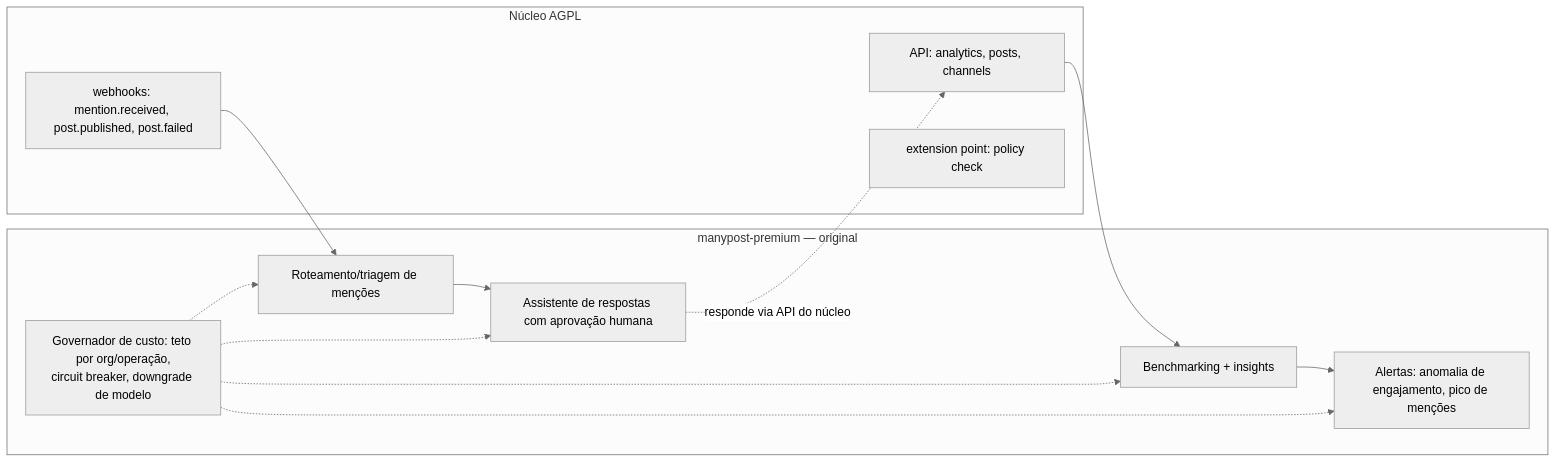
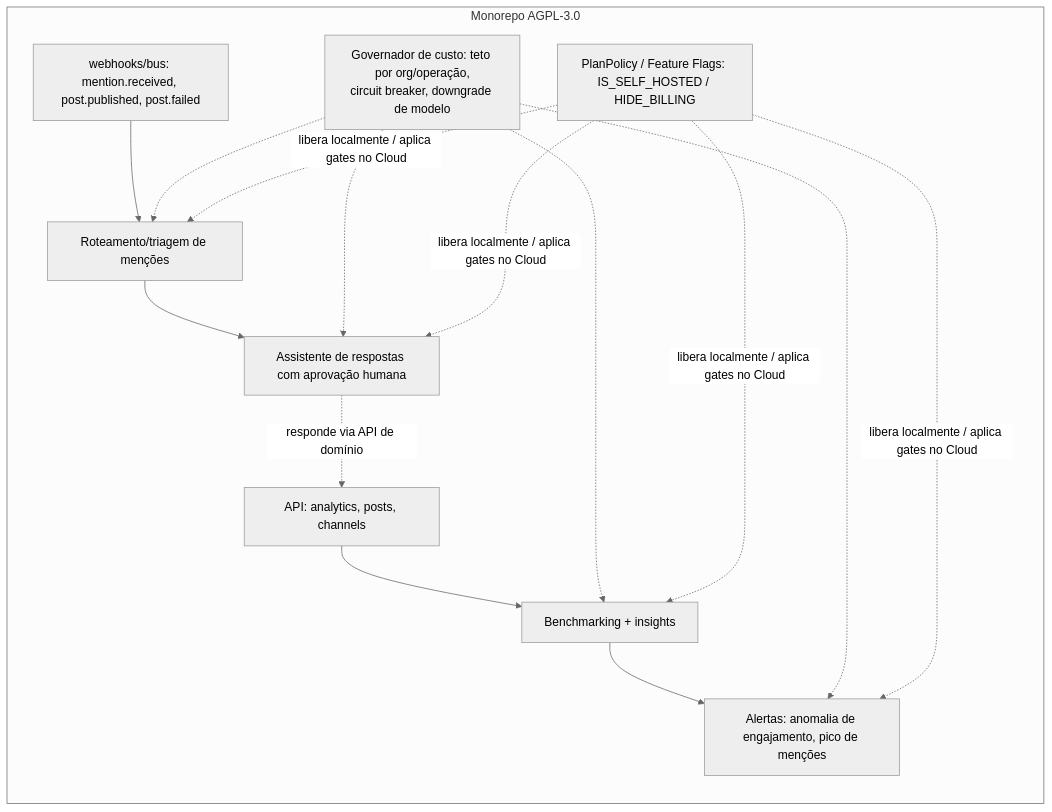
Before and after one commit to manypost/manypost-app: the diagram in docs/specs/SPEC_AI.md, drawn with Mermaid (neutral theme). The commit also changed other lines of this file and 16 other files, not shown here.

````diff
--- a/docs/specs/SPEC_AI.md
+++ b/docs/specs/SPEC_AI.md
@@ -53,19 +53,18 @@
 ```mermaid
 flowchart LR
-    subgraph nucleo [Núcleo AGPL]
-        EV[webhooks: mention.received, post.published, post.failed]
+    subgraph nucleo [Monorepo AGPL-3.0]
+        EV[webhooks/bus: mention.received, post.published, post.failed]
         API[API: analytics, posts, channels]
-        POL[extension point: policy check]
-    end
-    subgraph premium [manypost-premium — original]
+        POL[PlanPolicy / Feature Flags: IS_SELF_HOSTED / HIDE_BILLING]
         ROUTE[Roteamento/triagem de menções]
         ASSIST[Assistente de respostas com aprovação humana]
         BENCH[Benchmarking + insights]
         ALERT[Alertas: anomalia de engajamento, pico de menções]
         BUDGET[Governador de custo: teto por org/operação,<br/>circuit breaker, downgrade de modelo]
     end
     EV --> ROUTE --> ASSIST
     API --> BENCH --> ALERT
-    ASSIST -. "responde via API do núcleo" .-> API
+    ASSIST -. "responde via API de domínio" .-> API
     BUDGET -.-> ROUTE & ASSIST & BENCH & ALERT
+    POL -. "libera localmente / aplica gates no Cloud" .-> ROUTE & ASSIST & BENCH & ALERT
 ```
````
